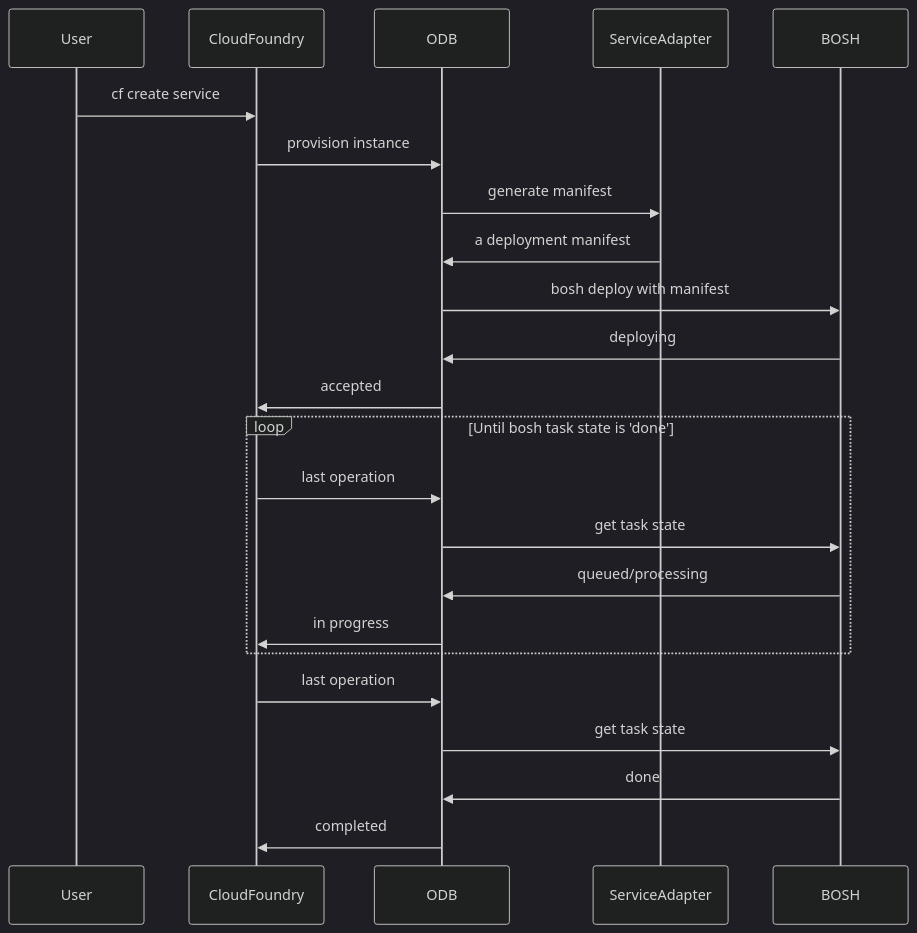
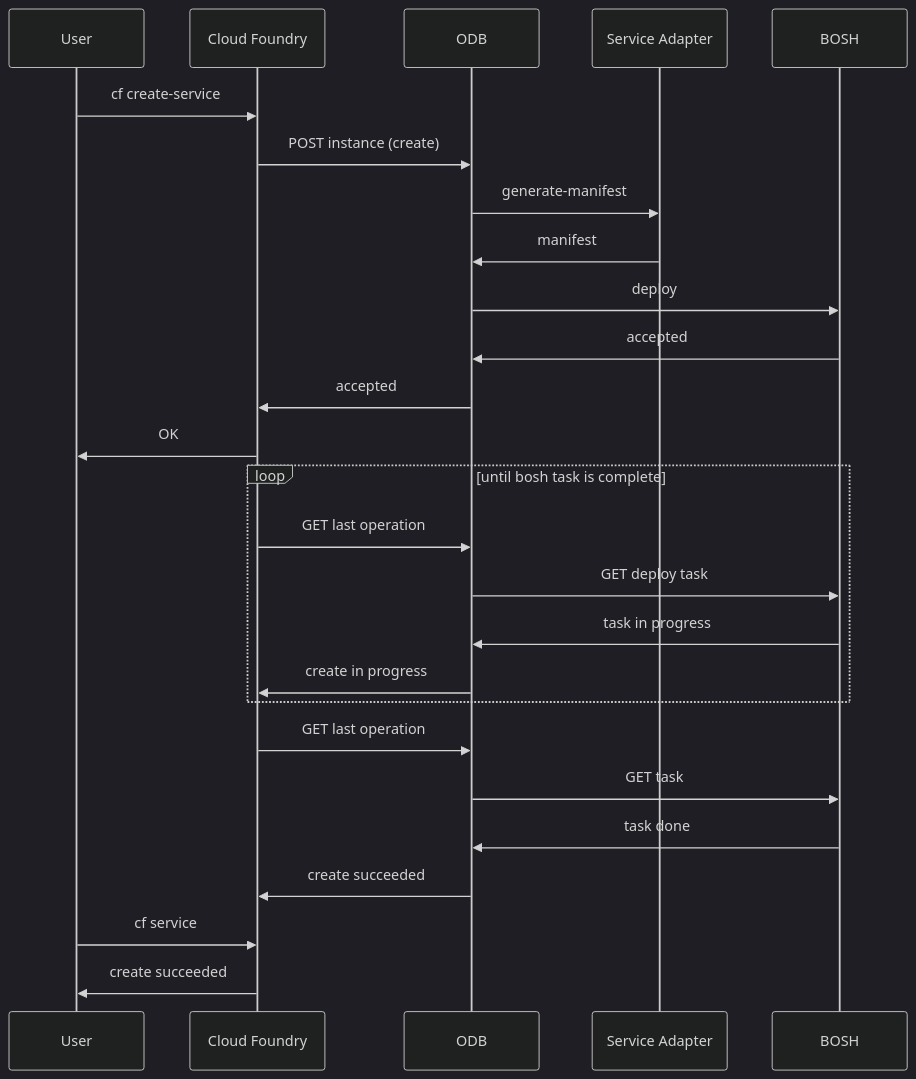
The diagram in mmd/create_service_workflow.mmd (pivotal-cf/docs-on-demand-service-broker), drawn with Mermaid (dark theme) before and after one commit. The commit also changed 11 other files, not shown here.

First line of the commit message:
Full service of sequence diagrams

```diff
--- a/mmd/create_service_workflow.mmd
+++ b/mmd/create_service_workflow.mmd
@@ -1,20 +1,23 @@
-<div class="mermaid">  
+<div class="mermaid">
 sequenceDiagram
-  User->> CloudFoundry: cf create service
-  CloudFoundry->> ODB: provision instance
-  ODB->>ServiceAdapter: generate manifest
-  ServiceAdapter->>ODB: a deployment manifest
-  ODB->>BOSH: bosh deploy with manifest
-  BOSH->>ODB: deploying
-  ODB->>CloudFoundry: accepted
-  loop Until bosh task state is 'done'
-    CloudFoundry->>ODB:last operation
-    ODB->>BOSH:get task state
-    BOSH->>ODB:queued/processing
-    ODB->>CloudFoundry:in progress
+  User->> Cloud Foundry: cf create-service
+  Cloud Foundry->> ODB: POST instance (create)
+  ODB->>Service Adapter: generate-manifest
+  Service Adapter->>ODB: manifest
+  ODB->>BOSH: deploy
+  BOSH->>ODB: accepted
+  ODB->>Cloud Foundry: accepted
+  Cloud Foundry->>User: OK
+  loop until bosh task is complete
+    Cloud Foundry->>ODB: GET last operation
+    ODB->>BOSH: GET deploy task
+    BOSH->>ODB: task in progress
+    ODB->>Cloud Foundry: create in progress
   end
-  CloudFoundry->>ODB:last operation
-  ODB->>BOSH:get task state
-  BOSH->>ODB:done
-  ODB->>CloudFoundry:completed
+  Cloud Foundry->>ODB: GET last operation
+  ODB->>BOSH: GET task
+  BOSH->>ODB: task done
+  ODB->>Cloud Foundry: create succeeded
+  User->>Cloud Foundry:cf service
+  Cloud Foundry->>User: create succeeded
 </div>
```
